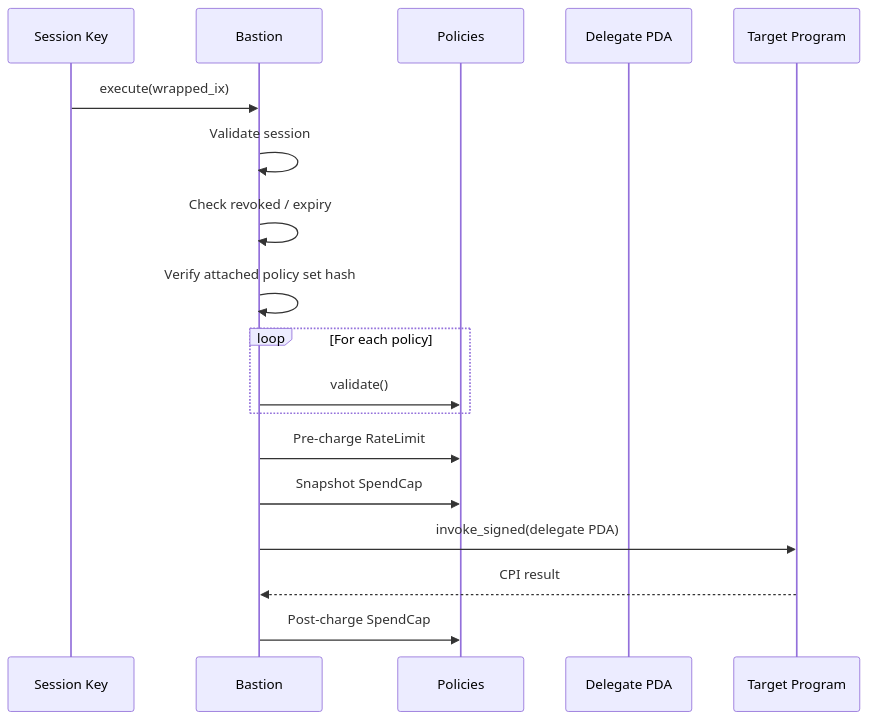
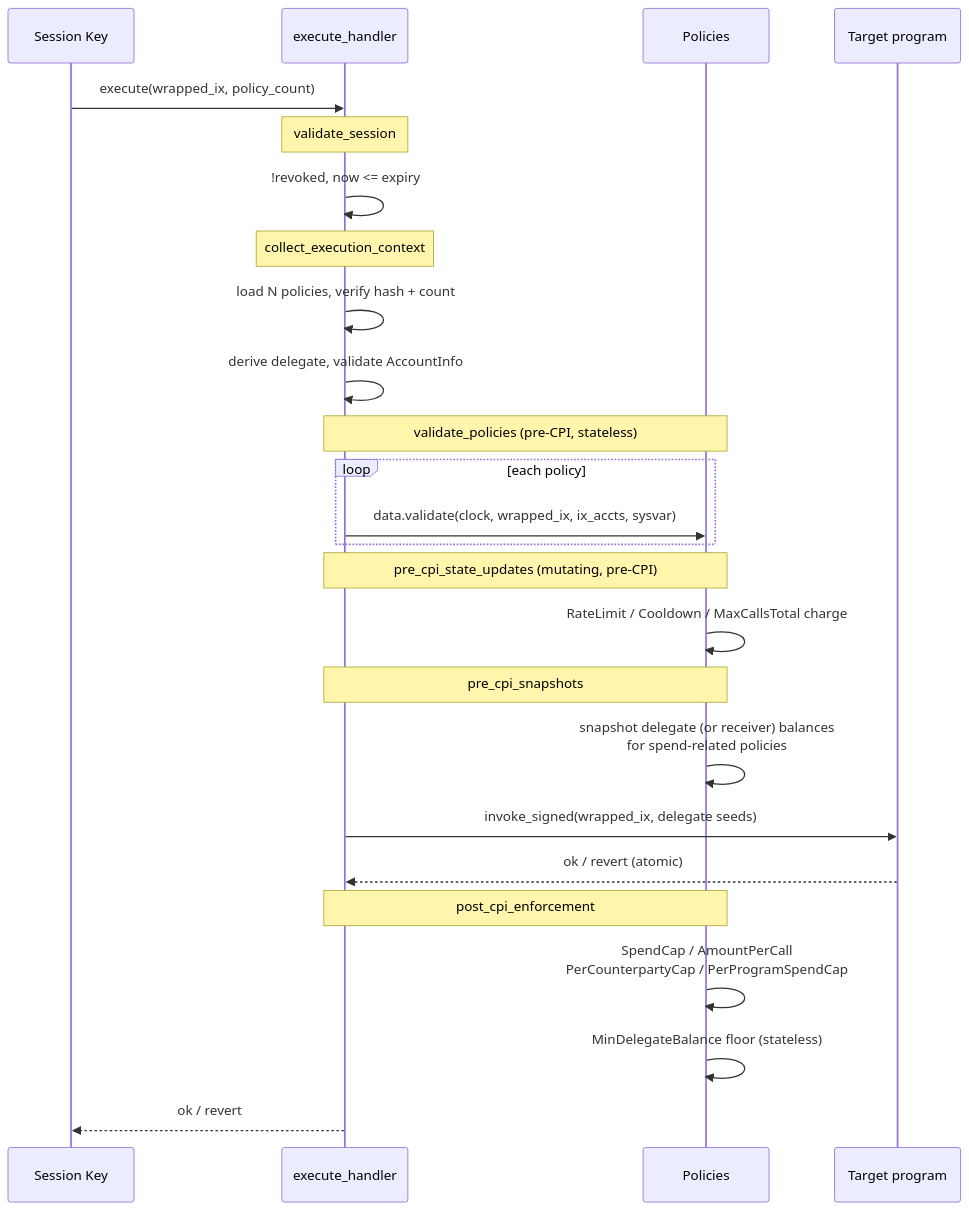
Before and after one commit to rit3sh-x/bastion: the second of 4 diagrams in programs/bastion/README.md, drawn with Mermaid. The commit also changed other lines of this file and 77 other files, not shown here.

````diff
--- a/programs/bastion/README.md
+++ b/programs/bastion/README.md
@@ -72,27 +79,36 @@
 ```mermaid
 sequenceDiagram
     participant SK as Session Key
-    participant B as Bastion
-    participant P as Policies
-    participant D as Delegate PDA
-    participant TP as Target Program
+    participant Ex as execute_handler
+    participant Pol as Policies
+    participant CPI as Target program
 
-    SK->>B: execute(wrapped_ix)
+    SK->>Ex: execute(wrapped_ix, policy_count)
 
-    B->>B: Validate session
-    B->>B: Check revoked / expiry
-    B->>B: Verify attached policy set hash
+    Note over Ex: validate_session
+    Ex->>Ex: !revoked, now <= expiry
 
-    loop For each policy
-        B->>P: validate()
+    Note over Ex: collect_execution_context
+    Ex->>Ex: load N policies, verify hash + count
+    Ex->>Ex: derive delegate, validate AccountInfo
+
+    Note over Ex,Pol: validate_policies (pre-CPI, stateless)
+    loop each policy
+        Ex->>Pol: data.validate(clock, wrapped_ix, ix_accts, sysvar)
     end
 
-    B->>P: Pre-charge RateLimit
-    B->>P: Snapshot SpendCap
+    Note over Ex,Pol: pre_cpi_state_updates (mutating, pre-CPI)
+    Pol->>Pol: RateLimit / Cooldown / MaxCallsTotal charge
 
-    B->>TP: invoke_signed(delegate PDA)
+    Note over Ex,Pol: pre_cpi_snapshots
+    Pol->>Pol: snapshot delegate (or receiver) balances<br/>for spend-related policies
 
-    TP-->>B: CPI result
+    Ex->>CPI: invoke_signed(wrapped_ix, delegate seeds)
+    CPI-->>Ex: ok / revert (atomic)
 
-    B->>P: Post-charge SpendCap
+    Note over Ex,Pol: post_cpi_enforcement
+    Pol->>Pol: SpendCap / AmountPerCall<br/>PerCounterpartyCap / PerProgramSpendCap
+    Pol->>Pol: MinDelegateBalance floor (stateless)
+
+    Ex-->>SK: ok / revert
 ```
````
